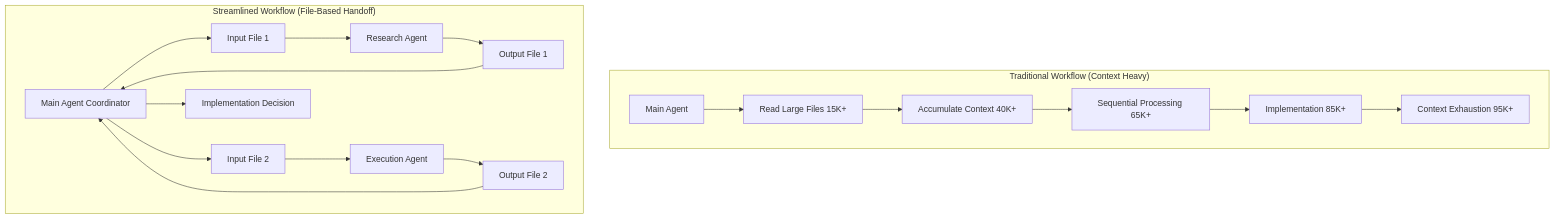
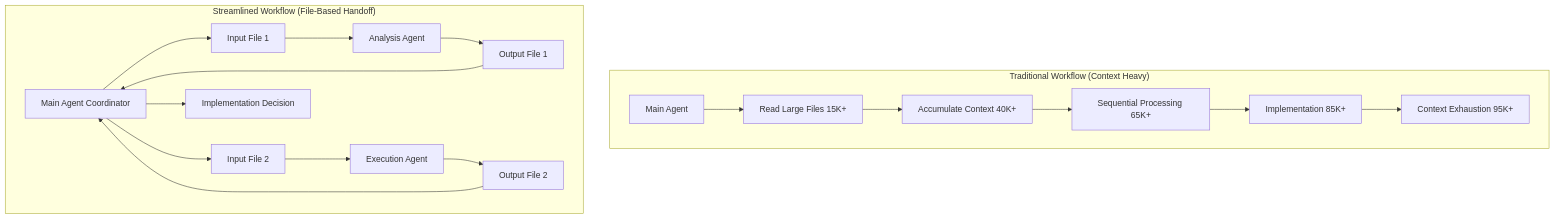
Before and after one commit to Dub1n/phoenix: the first of 5 diagrams in Templum/dev/auto/subagent-workflow-integration-design.md, drawn with Mermaid. The commit also changed other lines of this file and 308 other files, not shown here.

````diff
--- a/Templum/dev/auto/subagent-workflow-integration-design.md
+++ b/Templum/dev/auto/subagent-workflow-integration-design.md
@@ -140,24 +140,24 @@
 ```mermaid
 graph TB
     subgraph "Traditional Workflow (Context Heavy)"
         A[Main Agent] --> B[Read Large Files 15K+]
         B --> C[Accumulate Context 40K+]
         C --> D[Sequential Processing 65K+]
         D --> E[Implementation 85K+]
         E --> F[Context Exhaustion 95K+]
     end
     
     subgraph "Streamlined Workflow (File-Based Handoff)"
         MA[Main Agent Coordinator] --> IF1[Input File 1]
-        IF1 --> RA[Research Agent]
+        IF1 --> RA[Analysis Agent]
         RA --> OF1[Output File 1]
         OF1 --> MA
         
         MA --> IF2[Input File 2]
         IF2 --> EA[Execution Agent]
         EA --> OF2[Output File 2]
         OF2 --> MA
         
         MA --> FINAL[Implementation Decision]
     end
 ```
````
